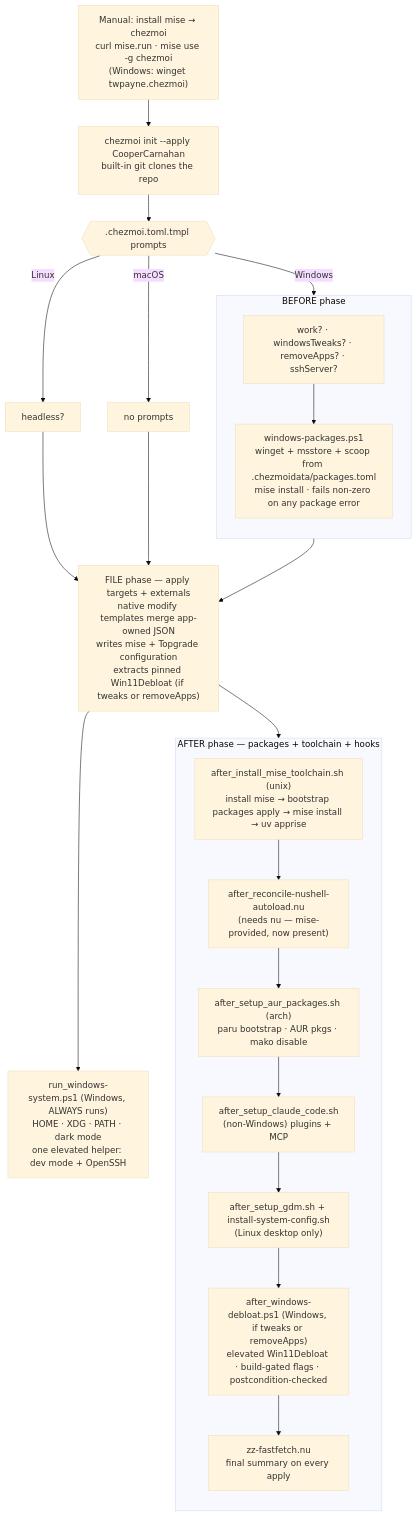
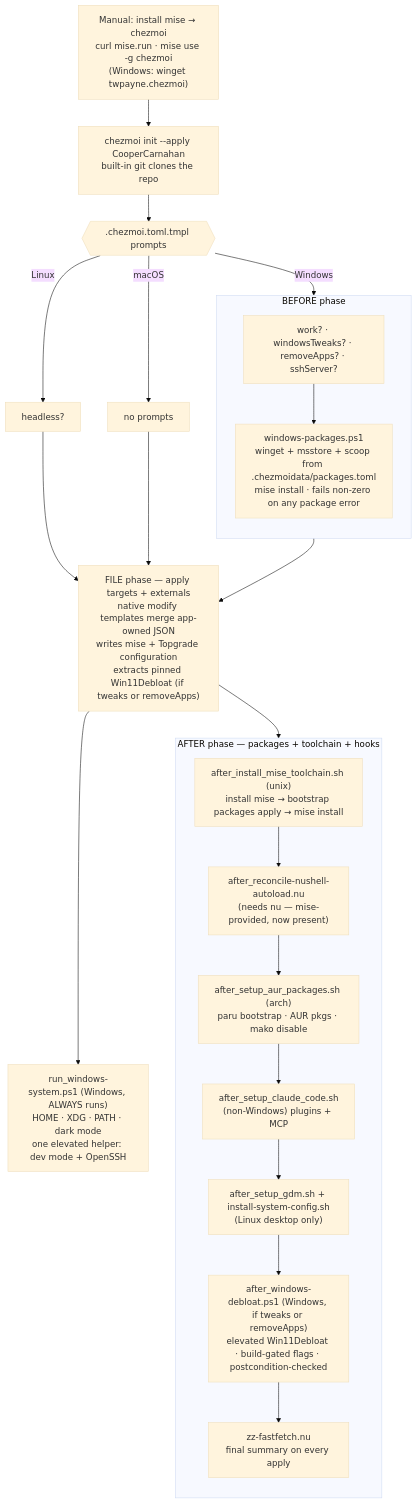
One commit to CooperCarnahan/dotfiles changed the diagram in README.md. Above: the diagram before and after it, drawn with Mermaid (base theme). The commit also changed 11 other files, not shown here.

````diff
--- a/README.md
+++ b/README.md
@@ -139,38 +139,38 @@
 ```mermaid
 flowchart TD
     A["Manual: install mise → chezmoi<br/>curl mise.run · mise use -g chezmoi<br/>(Windows: winget twpayne.chezmoi)"]
     A --> B["chezmoi init --apply CooperCarnahan<br/>built-in git clones the repo"]
     B --> C{{".chezmoi.toml.tmpl prompts"}}
     C -->|Windows| Pw["work? · windowsTweaks? · removeApps? · sshServer?"]
     C -->|Linux| Pl["headless?"]
     C -->|macOS| Pm["no prompts"]
 
     subgraph BEFORE["BEFORE phase"]
       direction TB
       Pw --> Bw["windows-packages.ps1<br/>winget + msstore + scoop from .chezmoidata/packages.toml<br/>mise install · fails non-zero on any package error"]
     end
 
     Bw --> Main
     Pl --> Main
     Pm --> Main
     Main["FILE phase — apply targets + externals<br/>native modify templates merge app-owned JSON<br/>writes mise + Topgrade configuration<br/>extracts pinned Win11Debloat (if tweaks or removeApps)"]
     Main --> Sys["run_windows-system.ps1 (Windows, ALWAYS runs)<br/>HOME · XDG · PATH · dark mode<br/>one elevated helper: dev mode + OpenSSH"]
 
     subgraph AFTER["AFTER phase — packages + toolchain + hooks"]
       direction TB
-      Tl["after_install_mise_toolchain.sh (unix)<br/>install mise → bootstrap packages apply → mise install → uv apprise"]
+      Tl["after_install_mise_toolchain.sh (unix)<br/>install mise → bootstrap packages apply → mise install"]
       Nu["after_reconcile-nushell-autoload.nu<br/>(needs nu — mise-provided, now present)"]
       Aur["after_setup_aur_packages.sh (arch)<br/>paru bootstrap · AUR pkgs · mako disable"]
       Cc["after_setup_claude_code.sh<br/>(non-Windows) plugins + MCP"]
       Gd["after_setup_gdm.sh + install-system-config.sh<br/>(Linux desktop only)"]
       Wd["after_windows-debloat.ps1 (Windows, if tweaks or removeApps)<br/>elevated Win11Debloat · build-gated flags · postcondition-checked"]
       Ff["zz-fastfetch.nu<br/>final summary on every apply"]
     end
     Main --> Tl
     Tl --> Nu
     Nu --> Aur
     Aur --> Cc
     Cc --> Gd
     Gd --> Wd
     Wd --> Ff
 ```
````
